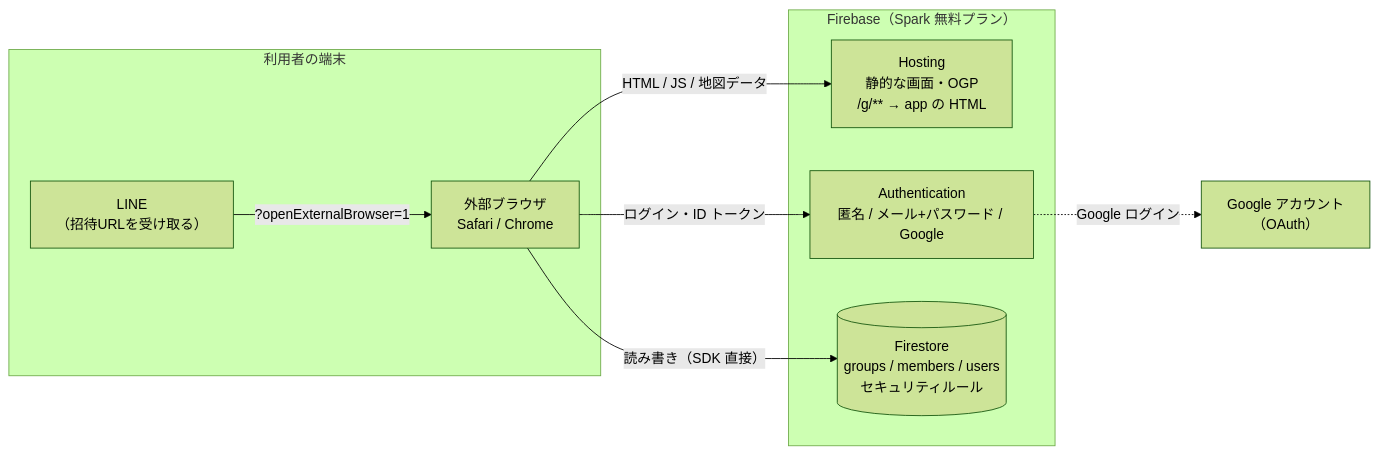
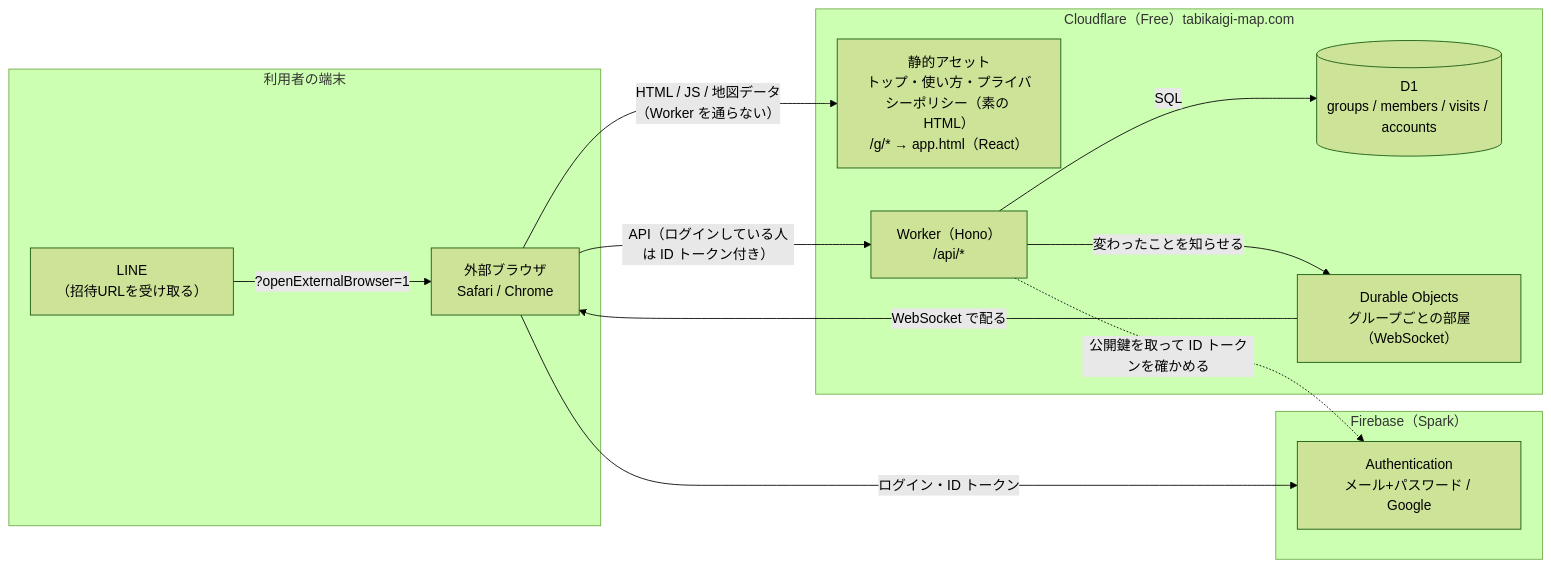
One commit to yuppy52/tabikaigi-map changed the diagram in docs/design/architecture.md. Above: the diagram before and after it, drawn with Mermaid (forest theme). The commit also changed other lines of this file and 7 other files, not shown here.

First line of the commit message:
architecture・auth-flow を案 C で書き直し、案 A の言葉を整理

````diff
--- a/docs/design/architecture.md
+++ b/docs/design/architecture.md
@@ -9,21 +7,27 @@
 ```mermaid
 flowchart LR
   subgraph client["利用者の端末"]
     LINE["LINE<br/>（招待URLを受け取る）"]
     Browser["外部ブラウザ<br/>Safari / Chrome"]
     LINE -- "?openExternalBrowser=1" --> Browser
   end
 
-  subgraph firebase["Firebase（Spark 無料プラン）"]
-    Hosting["Hosting<br/>静的な画面・OGP<br/>/g/** → app の HTML"]
-    Auth["Authentication<br/>匿名 / メール+パスワード / Google"]
-    Firestore[("Firestore<br/>groups / members / users<br/>セキュリティルール")]
+  subgraph cf["Cloudflare（Free）tabikaigi-map.com"]
+    Assets["静的アセット<br/>トップ・使い方・プライバシーポリシー（素の HTML）<br/>/g/* → app.html（React）"]
+    Worker["Worker（Hono）<br/>/api/*"]
+    D1[("D1<br/>groups / members / visits / accounts")]
+    Room["Durable Objects<br/>グループごとの部屋（WebSocket）"]
   end
 
-  Google["Google アカウント<br/>（OAuth）"]
+  subgraph fb["Firebase（Spark）"]
+    Auth["Authentication<br/>メール+パスワード / Google"]
+  end
 
-  Browser -- "HTML / JS / 地図データ" --> Hosting
+  Browser -- "HTML / JS / 地図データ<br/>（Worker を通らない）" --> Assets
+  Browser -- "API（ログインしている人は ID トークン付き）" --> Worker
+  Worker -- "SQL" --> D1
+  Worker -- "変わったことを知らせる" --> Room
+  Room -- "WebSocket で配る" --> Browser
   Browser -- "ログイン・ID トークン" --> Auth
-  Auth -. "Google ログイン" .-> Google
-  Browser -- "読み書き（SDK 直接）" --> Firestore
+  Worker -. "公開鍵を取って ID トークンを確かめる" .-> Auth
 ```
````
